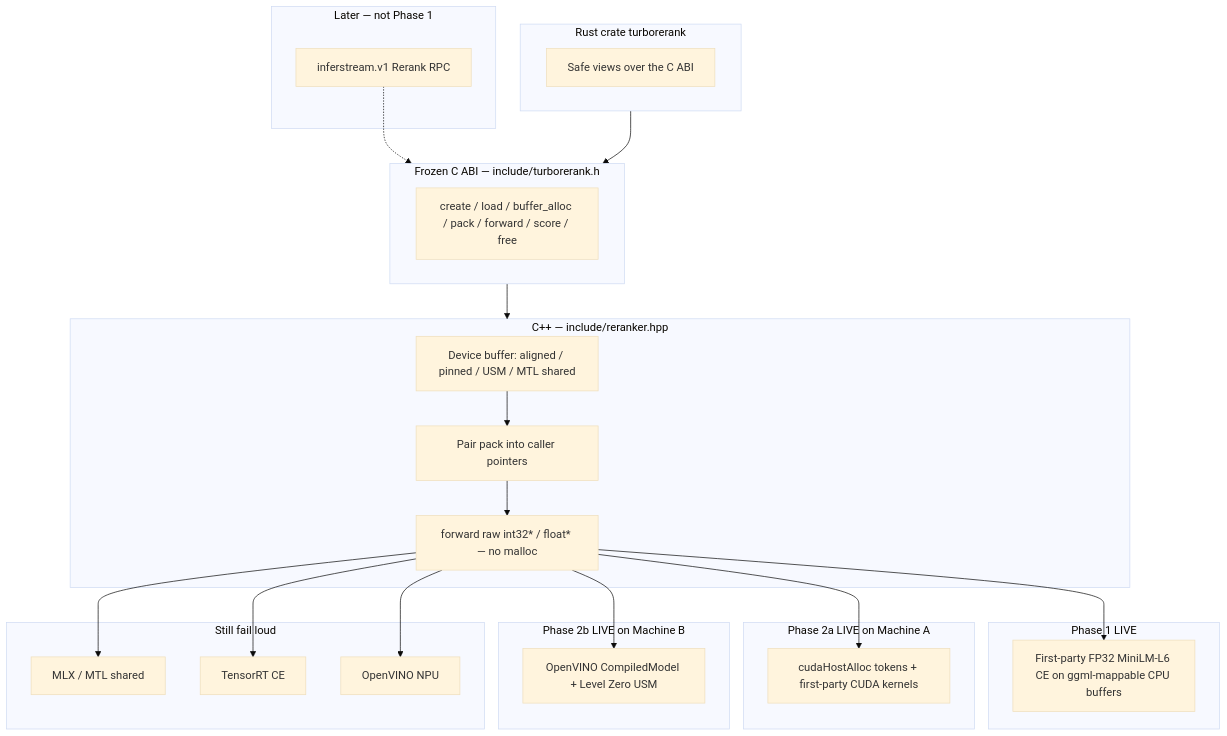
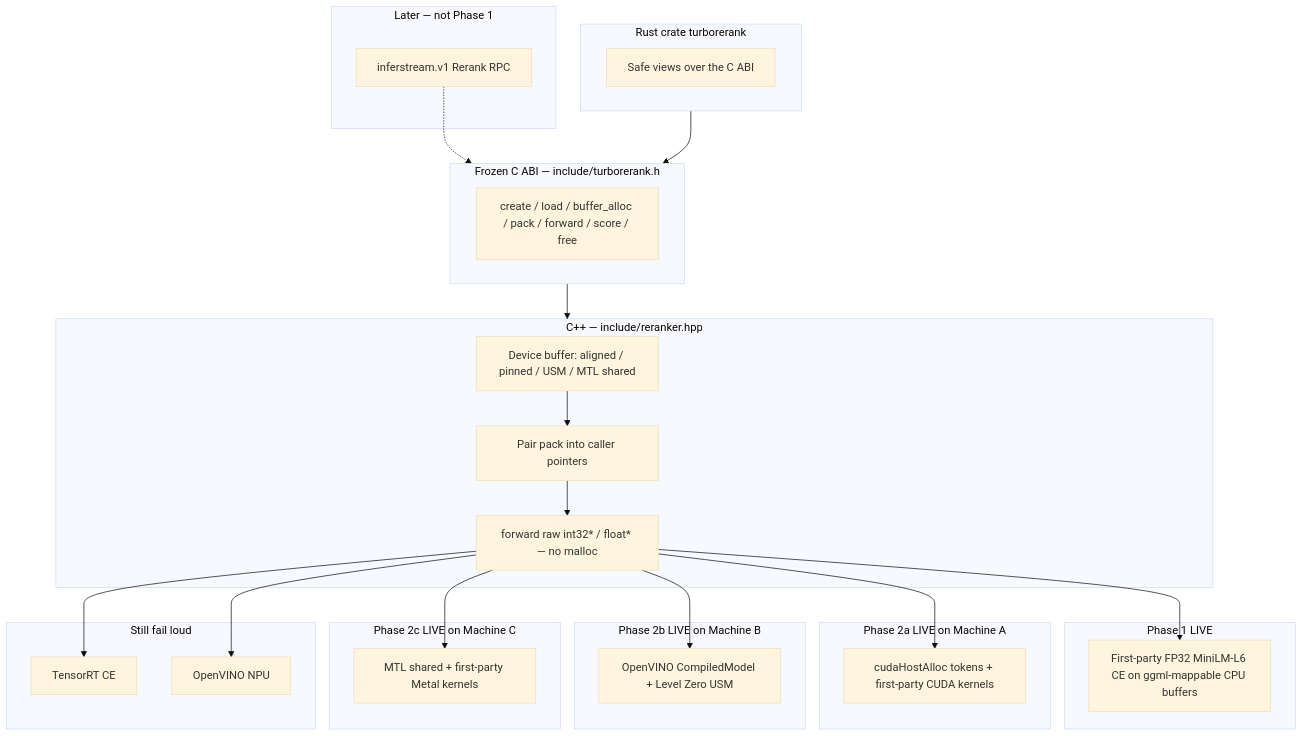
One commit to ai-pipestream/turboembed changed the diagram in docs/turborerank-architecture.md. Above: the diagram before and after it, drawn with Mermaid (base theme). The commit also changed other lines of this file and 23 other files, not shown here.

First line of the commit message:
feat: TurboRerank Phase 2c Apple Metal MiniLM CE

````diff
--- a/docs/turborerank-architecture.md
+++ b/docs/turborerank-architecture.md
@@ -157,49 +160,52 @@
 ```mermaid
 flowchart TB
     subgraph later [Later — not Phase 1]
         RPC["inferstream.v1 Rerank RPC"]
     end
 
     subgraph rust [Rust crate turborerank]
         Safe["Safe views over the C ABI"]
     end
 
     subgraph abi [Frozen C ABI — include/turborerank.h]
         H["create / load / buffer_alloc / pack / forward / score / free"]
     end
 
     subgraph cpp [C++ — include/reranker.hpp]
         Buf["Device buffer: aligned / pinned / USM / MTL shared"]
         Pack["Pair pack into caller pointers"]
         Fwd["forward raw int32* / float* — no malloc"]
     end
 
     subgraph cpu [Phase 1 LIVE]
         BERT["First-party FP32 MiniLM-L6 CE on ggml-mappable CPU buffers"]
     end
 
     subgraph cuda [Phase 2a LIVE on Machine A]
         CUDA["cudaHostAlloc tokens + first-party CUDA kernels"]
     end
 
     subgraph ov [Phase 2b LIVE on Machine B]
         OV["OpenVINO CompiledModel + Level Zero USM"]
     end
 
+    subgraph metal [Phase 2c LIVE on Machine C]
+        MTL["MTL shared + first-party Metal kernels"]
+    end
+
     subgraph laterhw [Still fail loud]
-        MTL["MLX / MTL shared"]
         TRT["TensorRT CE"]
         NPU["OpenVINO NPU"]
     end
 
     RPC -.-> abi
     rust --> abi
     abi --> cpp
     Buf --> Pack --> Fwd
     Fwd --> BERT
     Fwd --> CUDA
     Fwd --> OV
     Fwd --> MTL
     Fwd --> TRT
     Fwd --> NPU
 ```
````
